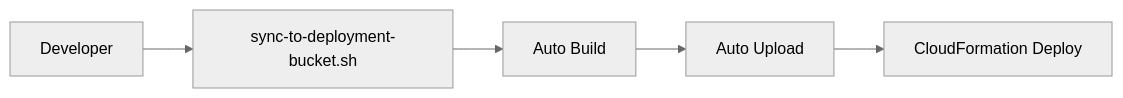
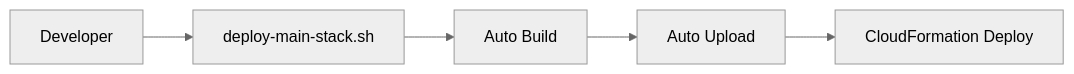
One commit to johnjcousens/aws-elasticdrs-orchestrator changed the first of 2 diagrams in docs/troubleshooting/DEPLOYMENT_TROUBLESHOOTING_GUIDE.md. Above: the diagram before and after it, drawn with Mermaid (neutral theme). The commit also changed other lines of this file and 6 other files, not shown here.

````diff
--- a/docs/troubleshooting/DEPLOYMENT_TROUBLESHOOTING_GUIDE.md
+++ b/docs/troubleshooting/DEPLOYMENT_TROUBLESHOOTING_GUIDE.md
@@ -61,7 +62,7 @@
 ```mermaid
 flowchart LR
-    Dev[Developer] --> Script[sync-to-deployment-bucket.sh]
+    Dev[Developer] --> Script[deploy-main-stack.sh]
     Script --> Build[Auto Build]
     Build --> Upload[Auto Upload]
     Upload --> CFN[CloudFormation Deploy]
 ```
````
